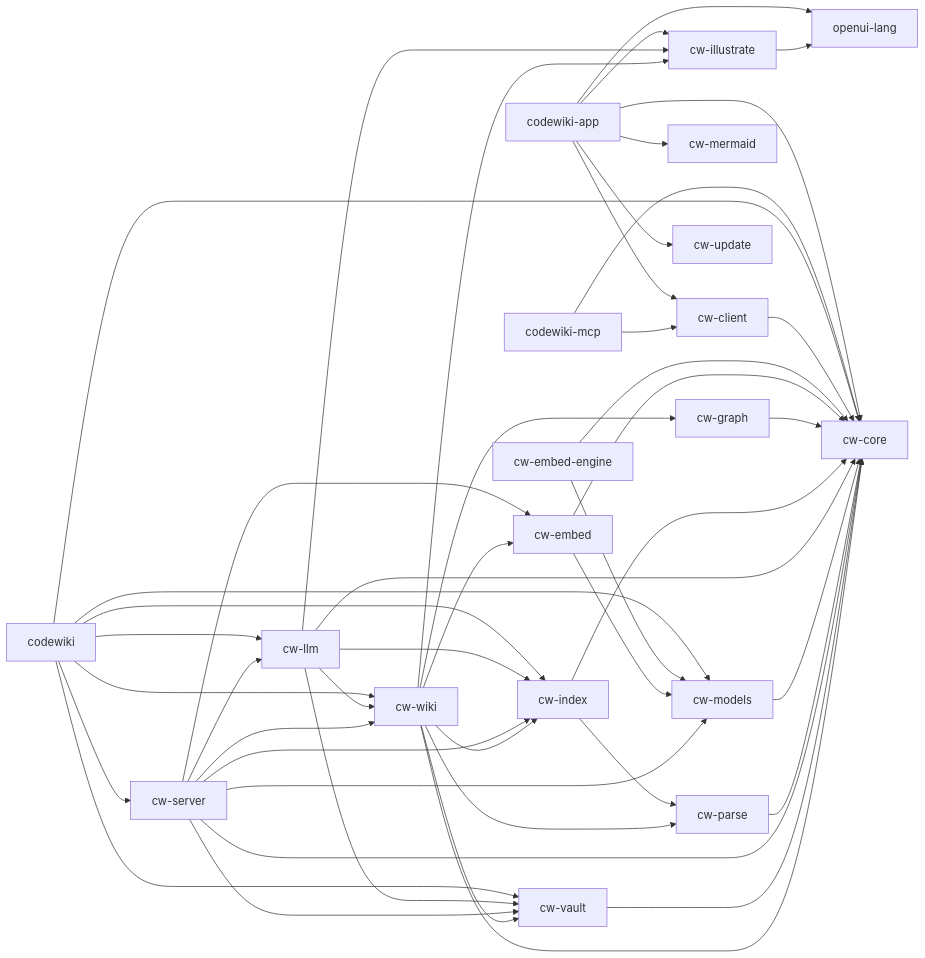
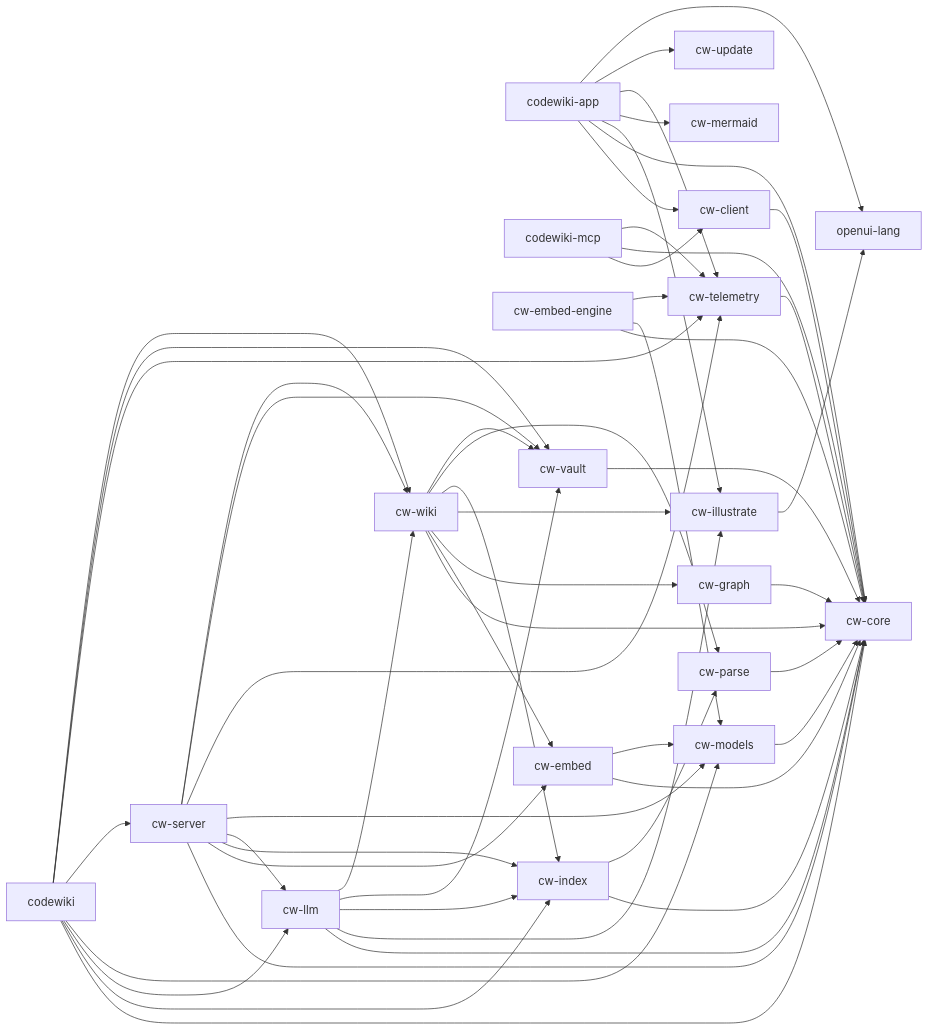
Before and after one commit to Fly-onlyone/CodeWiki: the diagram in obsidian/00-Architecture/Crate Dependency Flow.md, drawn with Mermaid. The commit also changed other lines of this file and 515 other files, not shown here.

````diff
--- a/obsidian/00-Architecture/Crate Dependency Flow.md
+++ b/obsidian/00-Architecture/Crate Dependency Flow.md
@@ -33,68 +34,75 @@
 ```mermaid
 flowchart LR
     n0[codewiki-app]
     n1[codewiki-mcp]
     n2[codewiki]
     n3[cw-client]
     n4[cw-core]
     n5[cw-embed-engine]
     n6[cw-embed]
     n7[cw-graph]
     n8[cw-illustrate]
     n9[cw-index]
     n10[cw-llm]
     n11[cw-mermaid]
     n12[cw-models]
     n13[cw-parse]
     n14[cw-server]
-    n15[cw-update]
-    n16[cw-vault]
-    n17[cw-wiki]
-    n18[openui-lang]
+    n15[cw-telemetry]
+    n16[cw-update]
+    n17[cw-vault]
+    n18[cw-wiki]
+    n19[openui-lang]
     n0 --> n3
     n0 --> n4
     n0 --> n8
     n0 --> n11
     n0 --> n15
-    n0 --> n18
+    n0 --> n16
+    n0 --> n19
     n1 --> n3
     n1 --> n4
+    n1 --> n15
     n2 --> n4
     n2 --> n9
     n2 --> n10
     n2 --> n12
     n2 --> n14
-    n2 --> n16
+    n2 --> n15
     n2 --> n17
+    n2 --> n18
     n3 --> n4
     n5 --> n4
     n5 --> n12
+    n5 --> n15
     n6 --> n4
     n6 --> n12
     n7 --> n4
-    n8 --> n18
+    n8 --> n19
     n9 --> n4
     n9 --> n13
     n10 --> n4
     n10 --> n8
     n10 --> n9
-    n10 --> n16
     n10 --> n17
+    n10 --> n18
     n12 --> n4
     n13 --> n4
     n14 --> n4
     n14 --> n6
     n14 --> n9
     n14 --> n10
     n14 --> n12
-    n14 --> n16
+    n14 --> n15
     n14 --> n17
-    n16 --> n4
+    n14 --> n18
+    n15 --> n4
     n17 --> n4
-    n17 --> n6
-    n17 --> n7
-    n17 --> n8
-    n17 --> n9
-    n17 --> n13
-    n17 --> n16
+    n18 --> n4
+    n18 --> n6
+    n18 --> n7
+    n18 --> n8
+    n18 --> n9
+    n18 --> n13
+    n18 --> n17
 ```
````
